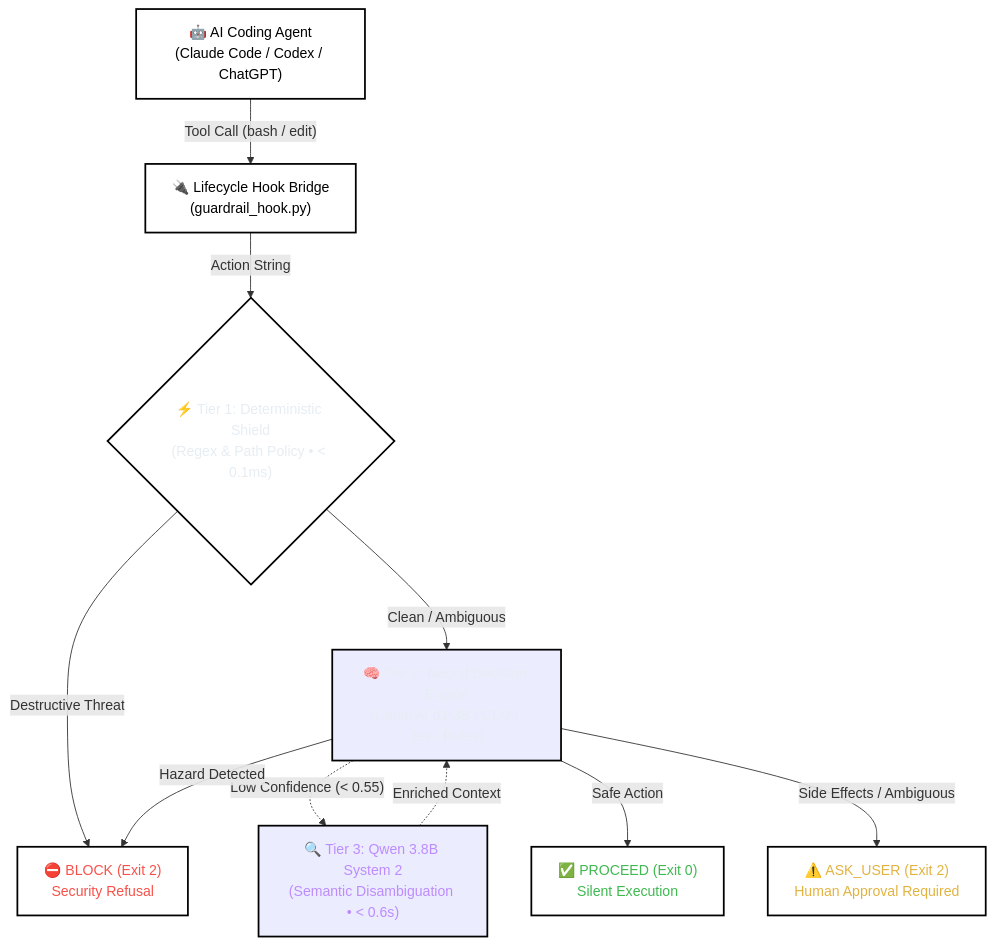
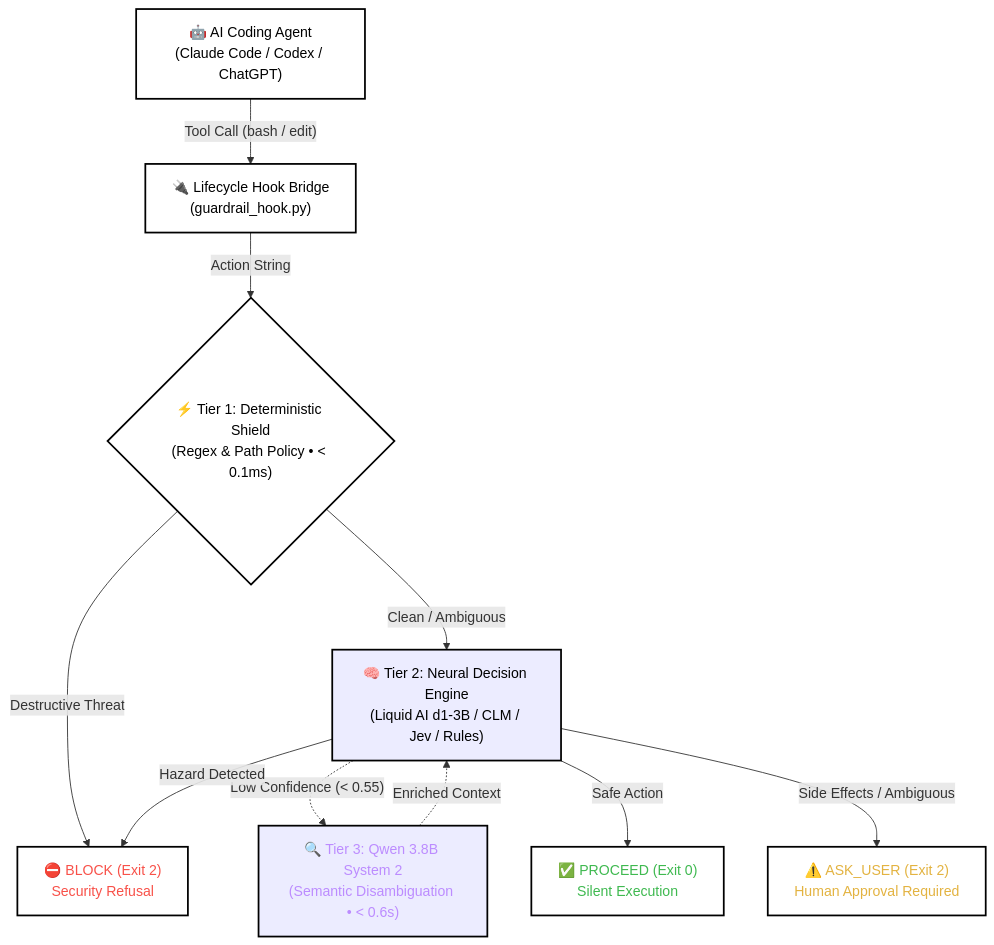
The diagram in README.md (Bl4ckk01/agent-guardrail), drawn with Mermaid before and after one commit.

````diff
--- a/README.md
+++ b/README.md
@@ -130,35 +130,35 @@
 ```mermaid
 flowchart TD
     AGENT["🤖 AI Coding Agent<br/>(Claude Code / Codex / ChatGPT)"]
     HOOK["🔌 Lifecycle Hook Bridge<br/>(guardrail_hook.py)"]
     TIER1{"⚡ Tier 1: Deterministic Shield<br/>(Regex &amp; Path Policy &bull; &lt; 0.1ms)"}
 
     TIER2["🧠 Tier 2: Neural Decision Engine<br/>(Liquid AI d1-3B / CLM / Jev / Rules)"]
     TIER3["🔍 Tier 3: Qwen 3.8B System 2<br/>(Semantic Disambiguation &bull; &lt; 0.6s)"]
 
     PROCEED["✅ PROCEED (Exit 0)<br/>Silent Execution"]
     ASK["⚠️ ASK_USER (Exit 2)<br/>Human Approval Required"]
     BLOCK["⛔ BLOCK (Exit 2)<br/>Security Refusal"]
 
     AGENT -->|"Tool Call (bash / edit)"| HOOK
     HOOK -->|"Action String"| TIER1
 
     TIER1 -->|"Destructive Threat"| BLOCK
     TIER1 -->|"Clean / Ambiguous"| TIER2
 
     TIER2 -.->|"Low Confidence (&lt; 0.55)"| TIER3
     TIER3 -.->|"Enriched Context"| TIER2
 
     TIER2 -->|"Safe Action"| PROCEED
     TIER2 -->|"Side Effects / Ambiguous"| ASK
     TIER2 -->|"Hazard Detected"| BLOCK
 
     style AGENT fill:#ffffff,stroke:#000000,stroke-width:2px,color:#000000
     style HOOK fill:#ffffff,stroke:#000000,stroke-width:2px,color:#000000
-    style TIER1 fill:#ffffff,stroke:#000000,stroke-width:2px,color:#e6edf3
-    style TIER2 fill:fill:#ffffff,stroke:#000000,stroke-width:2px,color:#e6edf3
+    style TIER1 fill:#ffffff,stroke:#000000,stroke-width:2px,color:#000000
+    style TIER2 fill:fill:#ffffff,stroke:#000000,stroke-width:2px,color:#000000
     style TIER3 fill:fill:#ffffff,stroke:#000000,stroke-width:2px,color:#bc8cff
     style PROCEED fill:#ffffff,stroke:#000000,stroke-width:2px,color:#3fb950
     style ASK fill:#ffffff,stroke:#000000,stroke-width:2px,color:#e3b341
     style BLOCK fill:#ffffff,stroke:#000000,stroke-width:2px,color:#f85149
 ```
````
